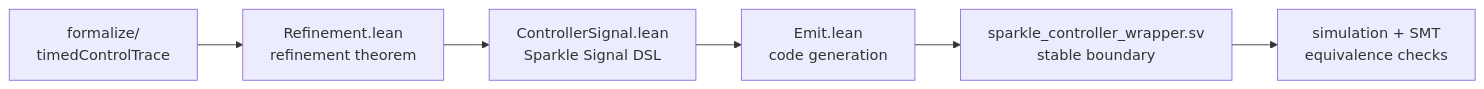
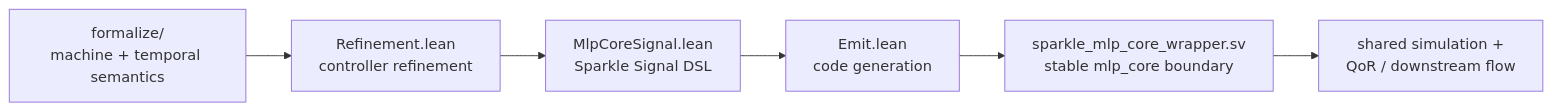
Before and after one commit to dfdgsdfg/ann-rtl-lean-poc: the sixth of 7 diagrams in docs/from-ann-to-proven-hardware.md, drawn with Mermaid. The commit also changed other lines of this file and 32 other files, not shown here.

````diff
--- a/docs/from-ann-to-proven-hardware.md
+++ b/docs/from-ann-to-proven-hardware.md
@@ -525,8 +525,8 @@
 ```mermaid
 graph LR
-    PURE["formalize/<br/>timedControlTrace"] --> REFINE["Refinement.lean<br/>refinement theorem"]
-    REFINE --> DSL["ControllerSignal.lean<br/>Sparkle Signal DSL"]
+    PURE["formalize/<br/>machine + temporal semantics"] --> CTRL["Refinement.lean<br/>controller refinement"]
+    CTRL --> DSL["MlpCoreSignal.lean<br/>Sparkle Signal DSL"]
     DSL --> EMIT["Emit.lean<br/>code generation"]
-    EMIT --> WRAP["sparkle_controller_wrapper.sv<br/>stable boundary"]
-    WRAP --> CHECK["simulation + SMT<br/>equivalence checks"]
+    EMIT --> WRAP["sparkle_mlp_core_wrapper.sv<br/>stable mlp_core boundary"]
+    WRAP --> CHECK["shared simulation +<br/>QoR / downstream flow"]
 ```
````
